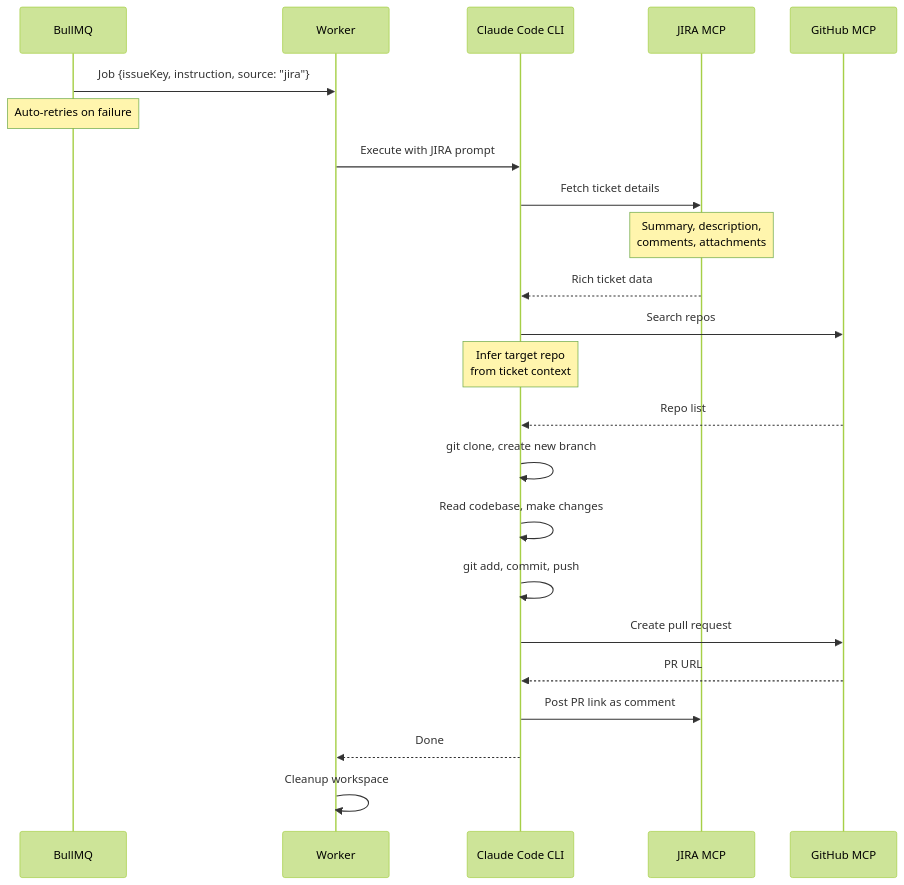
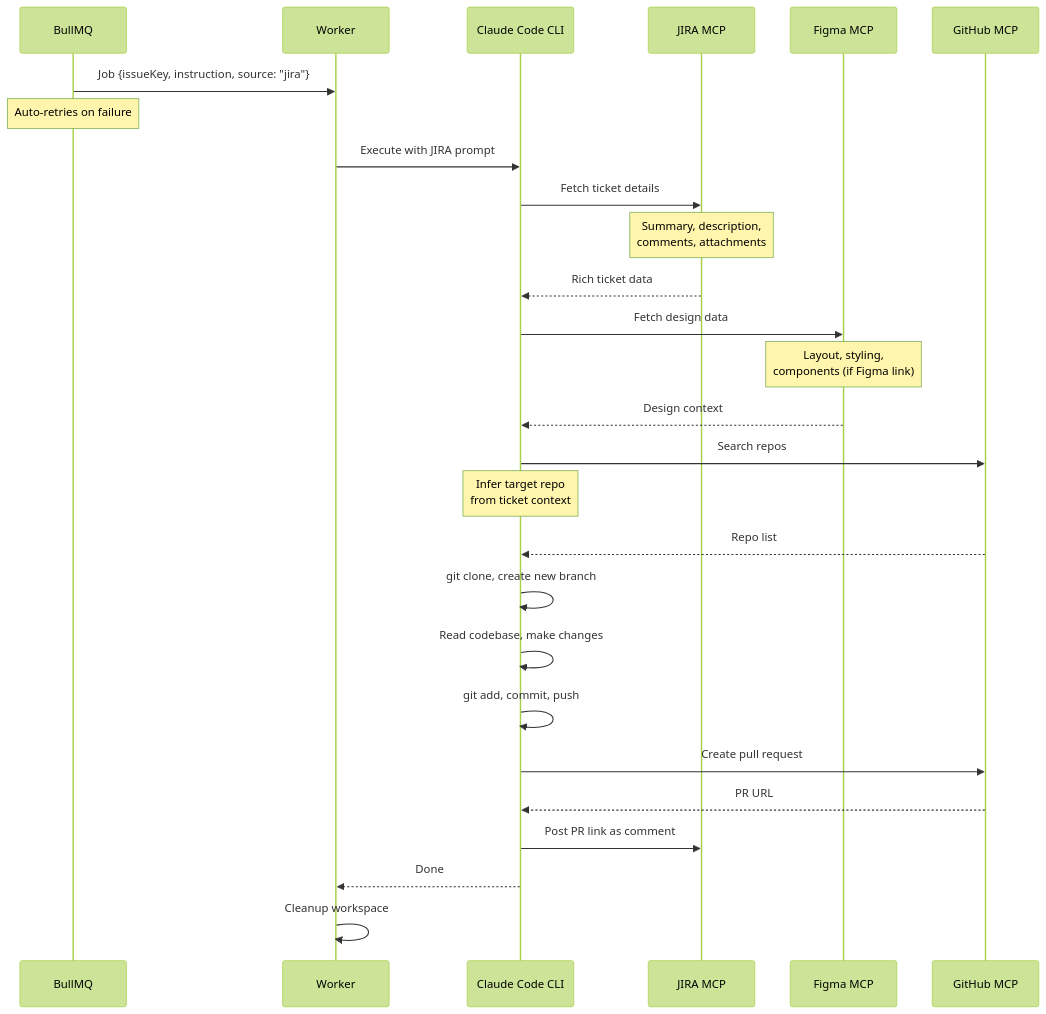
The fourth of 7 diagrams in docs/architecture.md (mappedin-dev/mapthew), drawn with Mermaid (forest theme) before and after one commit. The commit also changed other lines of this file and 18 other files, not shown here.

````diff
--- a/docs/architecture.md
+++ b/docs/architecture.md
@@ -116,33 +124,38 @@
 ```mermaid
 sequenceDiagram
     participant BullMQ as BullMQ
     participant W as Worker
     participant Claude as Claude Code CLI
     participant JIRA_MCP as JIRA MCP
+    participant Figma_MCP as Figma MCP
     participant GH_MCP as GitHub MCP
 
     BullMQ->>W: Job {issueKey, instruction, source: "jira"}
     Note over BullMQ: Auto-retries on failure
 
     W->>Claude: Execute with JIRA prompt
 
     Claude->>JIRA_MCP: Fetch ticket details
     Note over JIRA_MCP: Summary, description,<br/>comments, attachments
     JIRA_MCP-->>Claude: Rich ticket data
+
+    Claude->>Figma_MCP: Fetch design data
+    Note over Figma_MCP: Layout, styling,<br/>components (if Figma link)
+    Figma_MCP-->>Claude: Design context
 
     Claude->>GH_MCP: Search repos
     Note over Claude: Infer target repo<br/>from ticket context
     GH_MCP-->>Claude: Repo list
 
     Claude->>Claude: git clone, create new branch
     Claude->>Claude: Read codebase, make changes
     Claude->>Claude: git add, commit, push
 
     Claude->>GH_MCP: Create pull request
     GH_MCP-->>Claude: PR URL
 
     Claude->>JIRA_MCP: Post PR link as comment
 
     Claude-->>W: Done
     W->>W: Cleanup workspace
 ```
````
